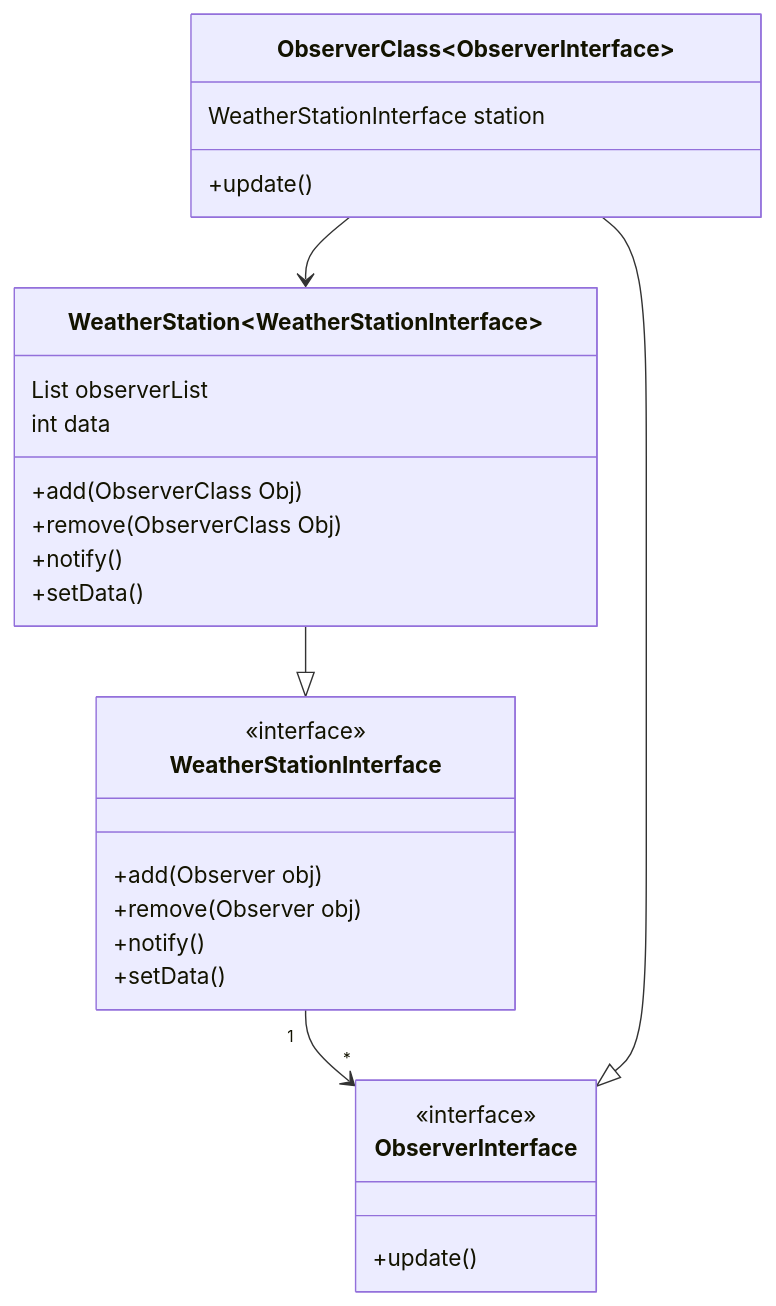
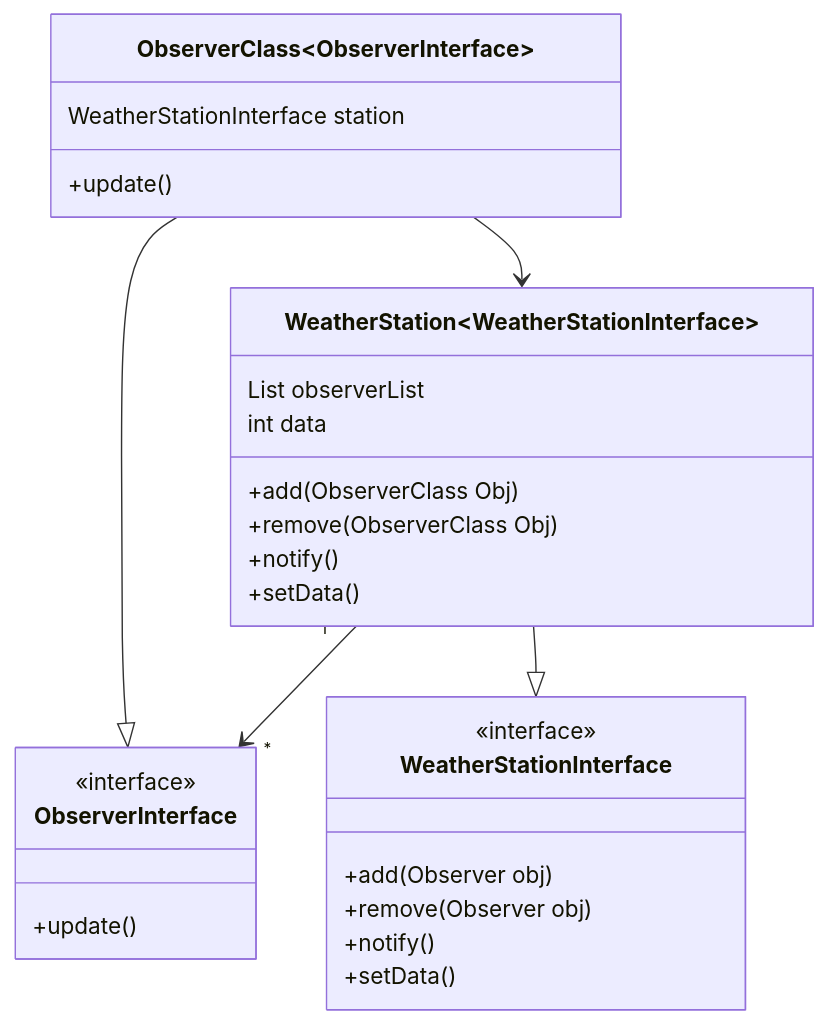
Before and after one commit to iamitpatil/code: the diagram in LLD/design-patterns/observer-design-pattern.md, drawn with Mermaid. The commit also changed other lines of this file and 15 other files, not shown here.

````diff
--- a/LLD/design-patterns/observer-design-pattern.md
+++ b/LLD/design-patterns/observer-design-pattern.md
@@ -11,26 +13,26 @@
 ```mermaid
 classDiagram
-    WeatherStationInterface "1" --> "*" ObserverInterface
-    <<interface>> WeatherStationInterface
-    <<interface>> ObserverInterface
+    WeatherStation~WeatherStationInterface~ "1" --> "*" ObserverInterface
     WeatherStationInterface: +add(Observer obj)
     WeatherStationInterface: +remove(Observer obj)
     WeatherStationInterface: +notify()
     WeatherStationInterface: +setData()
     ObserverInterface: +update()
     WeatherStation~WeatherStationInterface~ --|> WeatherStationInterface
     ObserverClass~ObserverInterface~ --|> ObserverInterface
     ObserverClass --> WeatherStation~WeatherStationInterface~
+    <<interface>> WeatherStationInterface
+    <<interface>> ObserverInterface
     class WeatherStation~WeatherStationInterface~ {
         List<ObservableClass> observerList
         int data
         +add(ObserverClass Obj)
         +remove(ObserverClass Obj)
         +notify()
         +setData()
     }
     class ObserverClass~ObserverInterface~ {
         WeatherStationInterface station
         +update()
     }
 ```
````
